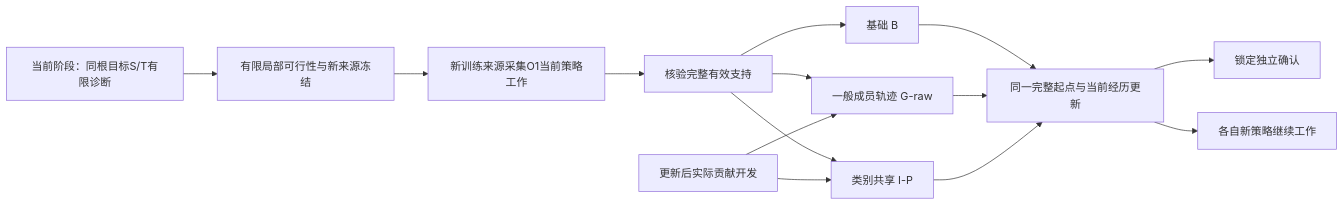
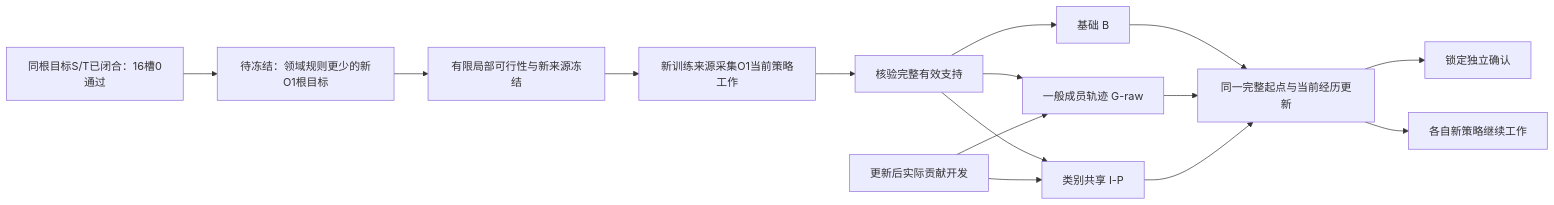
The diagram in docs/research/id-vtdo.md (haoyueliuzhao/ProWorkSim), drawn with Mermaid before and after one commit. The commit also changed other lines of this file and 3 other files, not shown here.

````diff
--- a/docs/research/id-vtdo.md
+++ b/docs/research/id-vtdo.md
@@ -50,16 +48,17 @@
 ```mermaid
 flowchart LR
-  SELECT[当前阶段：同根目标S/T有限诊断] --> FIX[有限局部可行性与新来源冻结]
+  SELECT[同根目标S/T已闭合：16槽0通过] --> NEWROOT[待冻结：领域规则更少的新O1根目标]
+  NEWROOT --> FIX[有限局部可行性与新来源冻结]
   FIX --> WORK[新训练来源采集O1当前策略工作]
   WORK --> SUPPORT[核验完整有效支持]
   SUPPORT --> B[基础 B]
   SUPPORT --> G[一般成员轨迹 G-raw]
   SUPPORT --> I[类别共享 I-P]
   DEV[更新后实际贡献开发] --> G
   DEV --> I
   B --> UPDATE[同一完整起点与当前经历更新]
   G --> UPDATE
   I --> UPDATE
   UPDATE --> TEST[锁定独立确认]
   UPDATE --> NEXT[各自新策略继续工作]
 ```
````
